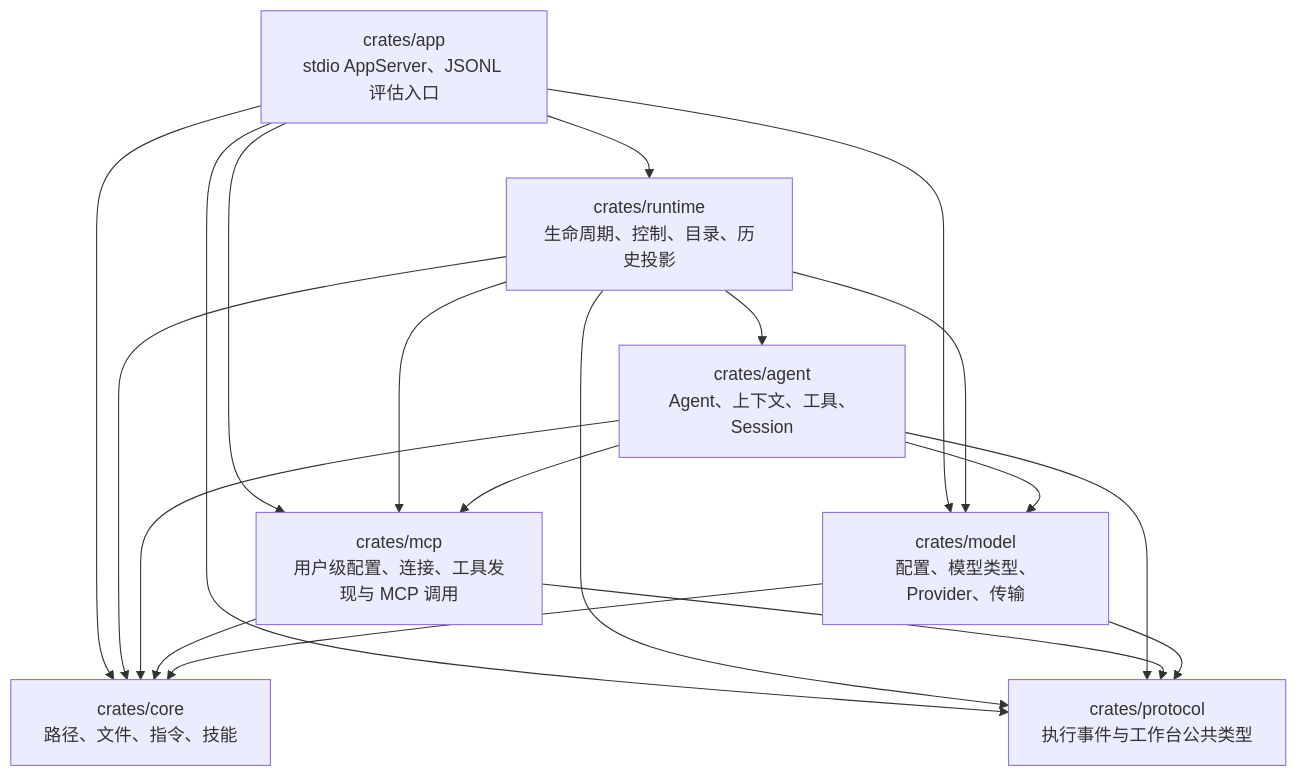
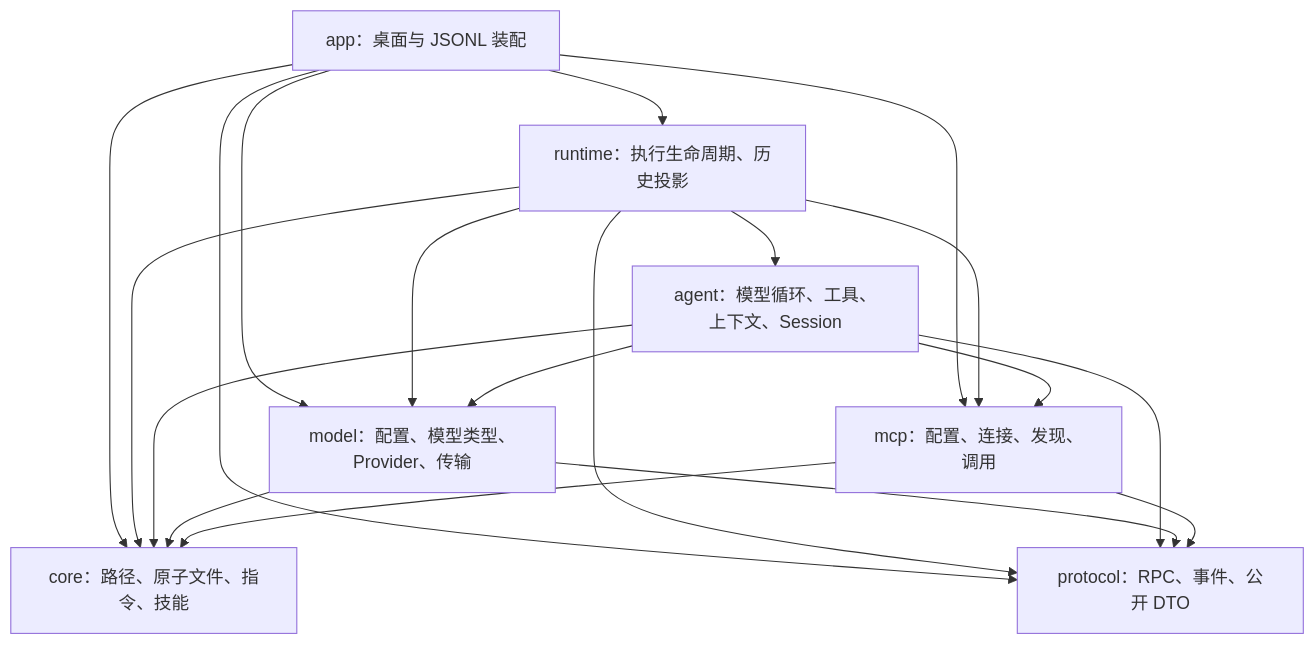
One commit to qjcnmd/singularity-agent changed the second of 14 diagrams in docs/architecture.md. Above: the diagram before and after it, drawn with Mermaid. The commit also changed other lines of this file and 9 other files, not shown here.

````diff
--- a/docs/architecture.md
+++ b/docs/architecture.md
@@ -54,21 +50,21 @@
 ```mermaid
 flowchart TB
-    App["crates/app<br/>stdio AppServer、JSONL 评估入口"] --> Runtime["crates/runtime<br/>生命周期、控制、目录、历史投影"]
-    App --> Model["crates/model<br/>配置、模型类型、Provider、传输"]
-    App --> Core["crates/core<br/>路径、文件、指令、技能"]
-    App --> Protocol["crates/protocol<br/>执行事件与工作台公共类型"]
-    Runtime --> Agent["crates/agent<br/>Agent、上下文、工具、Session"]
+    App["app：桌面与 JSONL 装配"] --> Runtime["runtime：执行生命周期、历史投影"]
+    App --> Model["model：配置、模型类型、Provider、传输"]
+    App --> MCP["mcp：配置、连接、发现、调用"]
+    App --> Core["core：路径、原子文件、指令、技能"]
+    App --> Protocol["protocol：RPC、事件、公开 DTO"]
+    Runtime --> Agent["agent：模型循环、工具、上下文、Session"]
     Runtime --> Model
+    Runtime --> MCP
     Runtime --> Core
     Runtime --> Protocol
     Agent --> Model
+    Agent --> MCP
     Agent --> Core
     Agent --> Protocol
-    App --> MCP["crates/mcp<br/>用户级配置、连接、工具发现与 MCP 调用"]
-    Runtime --> MCP
-    Agent --> MCP
+    Model --> Core
+    Model --> Protocol
     MCP --> Core
     MCP --> Protocol
-    Model --> Core
-    Model --> Protocol
 ```
````
